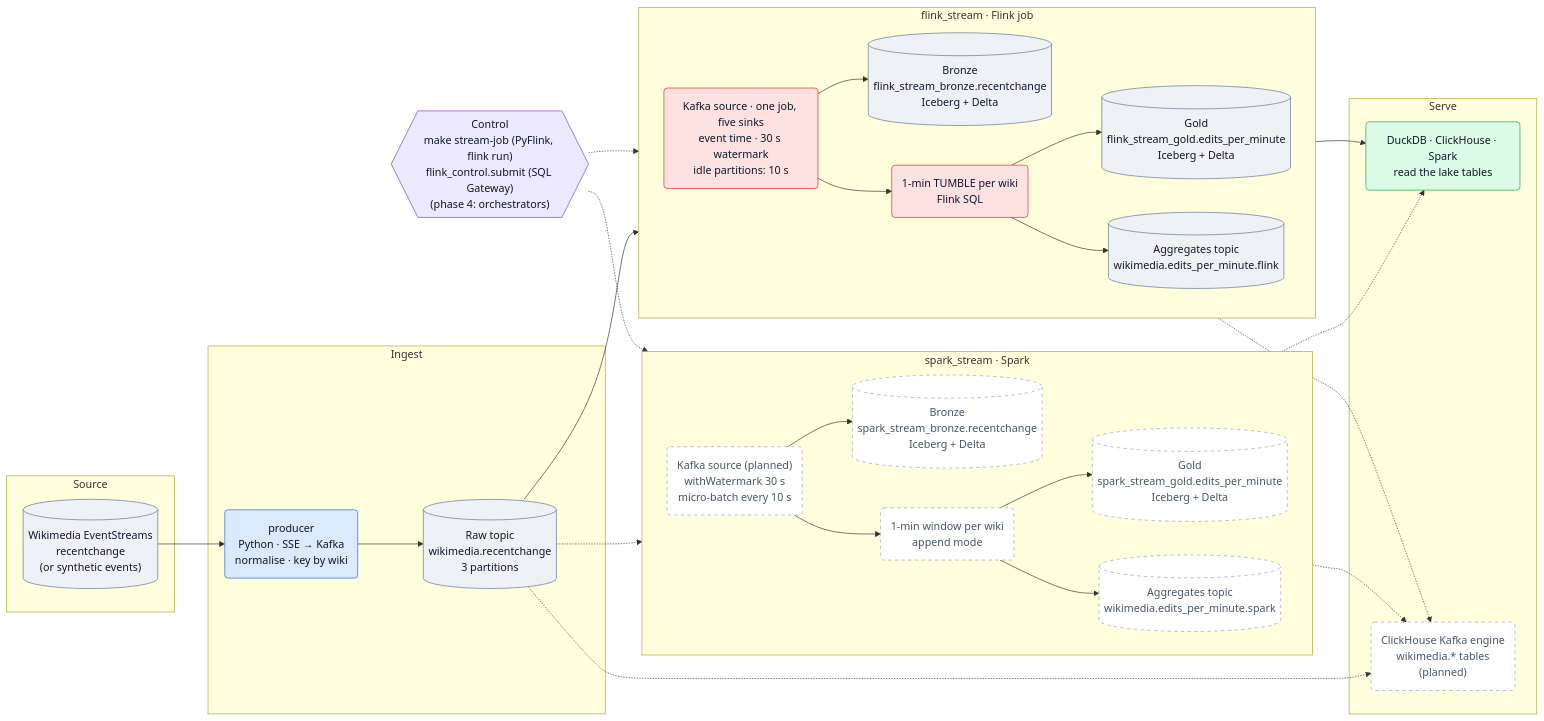
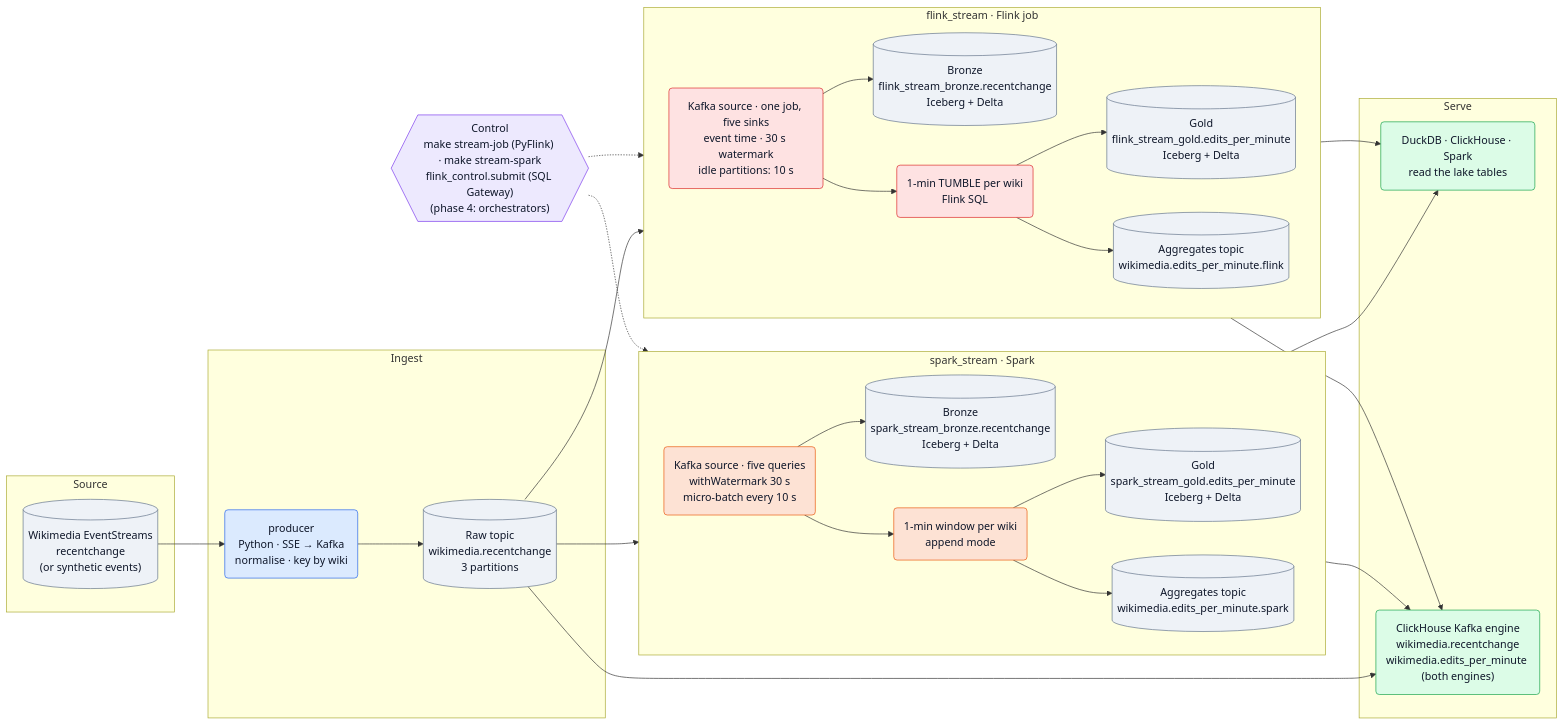
Before and after one commit to wilkinson001/de-playground: the third of 5 diagrams in docs/architecture.md, drawn with Mermaid. The commit also changed other lines of this file and 1 other file, not shown here.

Commit message:
docs: streaming track docs and diagrams

````diff
--- a/docs/architecture.md
+++ b/docs/architecture.md
@@ -195,68 +192,67 @@
 ```mermaid
 flowchart LR
-    orch{{"Control<br/>make stream-job (PyFlink, flink run)<br/>flink_control.submit (SQL Gateway)<br/>(phase 4: orchestrators)"}}
+    orch{{"Control<br/>make stream-job (PyFlink) · make stream-spark<br/>flink_control.submit (SQL Gateway)<br/>(phase 4: orchestrators)"}}
 
     subgraph st_src["Source"]
         wm[("Wikimedia EventStreams<br/>recentchange<br/>(or synthetic events)")]
     end
 
     subgraph st_ingest["Ingest"]
         prod("producer<br/>Python · SSE → Kafka<br/>normalise · key by wiki")
         raw_t[("Raw topic<br/>wikimedia.recentchange<br/>3 partitions")]
     end
 
     subgraph lane_flink["flink_stream · Flink job"]
         direction LR
         f_src("Kafka source · one job, five sinks<br/>event time · 30 s watermark<br/>idle partitions: 10 s")
         f_bz[("Bronze<br/>flink_stream_bronze.recentchange<br/>Iceberg + Delta")]
         f_win("1-min TUMBLE per wiki<br/>Flink SQL")
         f_gd[("Gold<br/>flink_stream_gold.edits_per_minute<br/>Iceberg + Delta")]
         f_agg[("Aggregates topic<br/>wikimedia.edits_per_minute.flink")]
         f_src --> f_bz
         f_src --> f_win --> f_gd
         f_win --> f_agg
     end
 
     subgraph lane_spark["spark_stream · Spark"]
         direction LR
-        s_src("Kafka source (planned)<br/>withWatermark 30 s<br/>micro-batch every 10 s")
+        s_src("Kafka source · five queries<br/>withWatermark 30 s<br/>micro-batch every 10 s")
         s_bz[("Bronze<br/>spark_stream_bronze.recentchange<br/>Iceberg + Delta")]
         s_win("1-min window per wiki<br/>append mode")
         s_gd[("Gold<br/>spark_stream_gold.edits_per_minute<br/>Iceberg + Delta")]
         s_agg[("Aggregates topic<br/>wikimedia.edits_per_minute.spark")]
         s_src --> s_bz
         s_src --> s_win --> s_gd
         s_win --> s_agg
     end
 
     subgraph st_serve["Serve"]
         q_read("DuckDB · ClickHouse · Spark<br/>read the lake tables")
-        q_ch("ClickHouse Kafka engine<br/>wikimedia.* tables<br/>(planned)")
+        q_ch("ClickHouse Kafka engine<br/>wikimedia.recentchange<br/>wikimedia.edits_per_minute (both engines)")
     end
 
     wm --> prod --> raw_t
     raw_t --> f_src
-    raw_t -.-> s_src
+    raw_t --> s_src
     f_gd --> q_read
-    s_gd -.-> q_read
-    raw_t -.-> q_ch
-    f_agg -.-> q_ch
-    s_agg -.-> q_ch
+    s_gd --> q_read
+    raw_t --> q_ch
+    f_agg --> q_ch
+    s_agg --> q_ch
 
     orch -.-> lane_flink
     orch -.-> lane_spark
 
     classDef data fill:#eef2f7,stroke:#64748b,color:#0f172a
     classDef python fill:#dbeafe,stroke:#2563eb,color:#0f172a
     classDef flink fill:#fee2e2,stroke:#dc2626,color:#0f172a
     classDef spark fill:#fde2d4,stroke:#ea580c,color:#0f172a
     classDef clickhouse fill:#dcfce7,stroke:#16a34a,color:#0f172a
     classDef control fill:#ede9fe,stroke:#7c3aed,color:#0f172a
-    classDef planned fill:#ffffff,stroke:#94a3b8,stroke-dasharray:5 5,color:#475569
-    class wm,raw_t,f_bz,f_gd,f_agg data
+    class wm,raw_t,f_bz,f_gd,f_agg,s_bz,s_gd,s_agg data
     class prod python
     class f_src,f_win flink
-    class q_read clickhouse
+    class s_src,s_win spark
+    class q_read,q_ch clickhouse
     class orch control
-    class s_src,s_bz,s_win,s_gd,s_agg,q_ch planned
 ```
````
